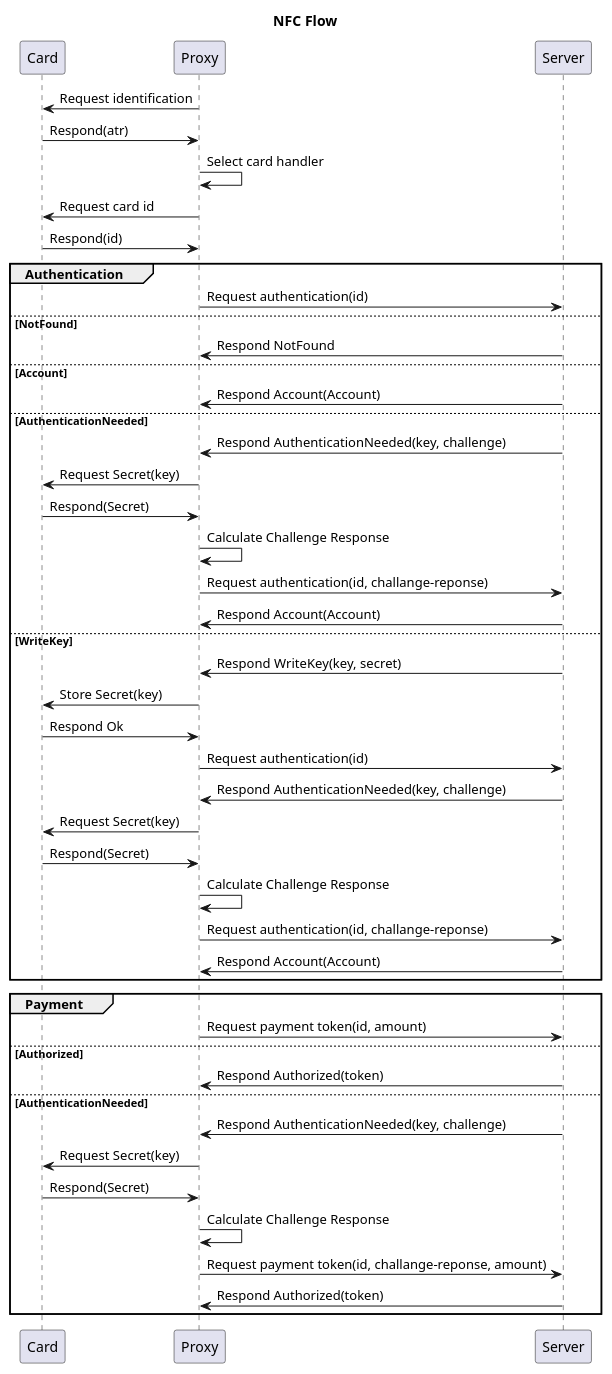
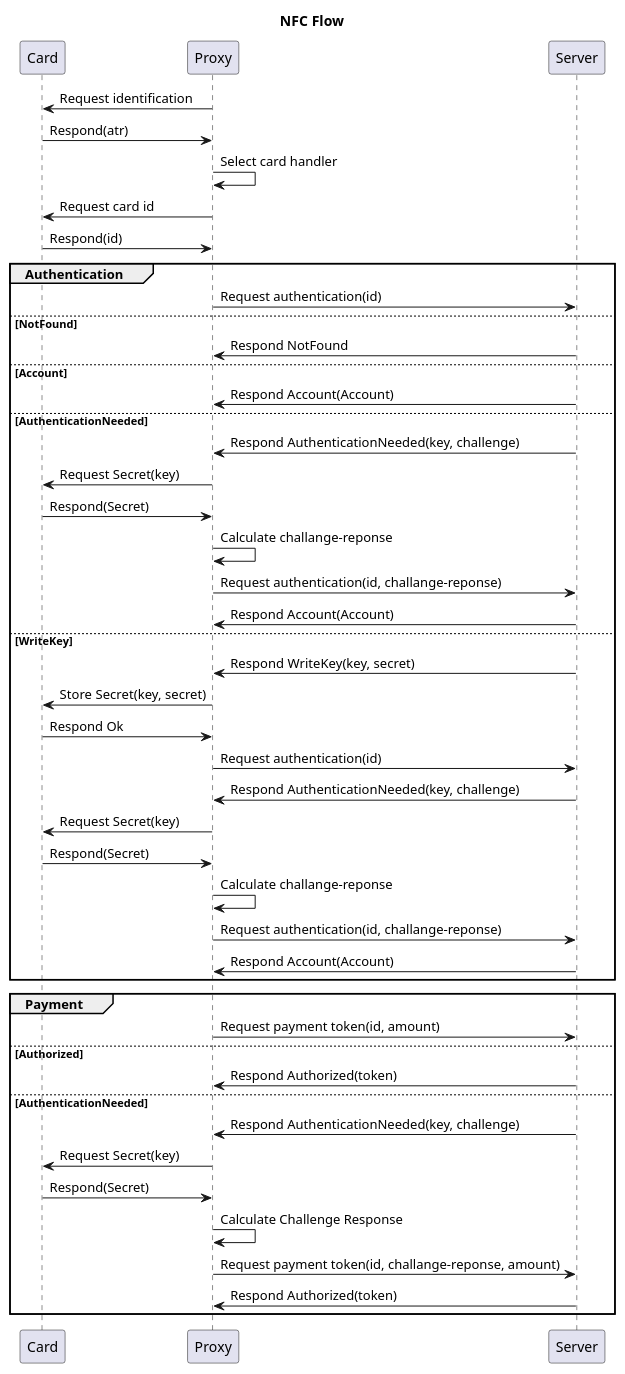
Before and after one commit to ascii-dresden/ascii-pay-server: the diagram in doc/NFC Flow.puml, drawn with PlantUML.

Commit message:
Update nfc sequence diagram

```diff
--- a/doc/NFC Flow.puml
+++ b/doc/NFC Flow.puml
@@ -1,67 +1,66 @@
 @startuml
 
 title NFC Flow
 
 Card <- Proxy: Request identification
 Card -> Proxy: Respond(atr)
 
 Proxy -> Proxy: Select card handler
 
 Card <- Proxy: Request card id
 Card -> Proxy: Respond(id)
 
 group Authentication
 
 Proxy -> Server: Request authentication(id)
 
 else NotFound
 Proxy <- Server: Respond NotFound
 
 else Account 
 Proxy <- Server: Respond Account(Account)
 
 else AuthenticationNeeded
 Proxy <- Server: Respond AuthenticationNeeded(key, challenge)
 Card <- Proxy: Request Secret(key)
 Card -> Proxy: Respond(Secret)
 
-Proxy -> Proxy: Calculate Challenge Response
+Proxy -> Proxy: Calculate challange-reponse
 Proxy -> Server: Request authentication(id, challange-reponse)
 Proxy <- Server: Respond Account(Account)
 
 else WriteKey
 Proxy <- Server: Respond WriteKey(key, secret)
-Card <- Proxy: Store Secret(key)
+Card <- Proxy: Store Secret(key, secret)
 Card -> Proxy: Respond Ok
 
 Proxy -> Server: Request authentication(id)
 Proxy <- Server: Respond AuthenticationNeeded(key, challenge)
 Card <- Proxy: Request Secret(key)
 Card -> Proxy: Respond(Secret)
 
-Proxy -> Proxy: Calculate Challenge Response
+Proxy -> Proxy: Calculate challange-reponse
 Proxy -> Server: Request authentication(id, challange-reponse)
 Proxy <- Server: Respond Account(Account)
 
 end
-
 
 group Payment
 
 Proxy -> Server: Request payment token(id, amount)
 
 else Authorized
 Proxy <- Server: Respond Authorized(token)
 
 else AuthenticationNeeded
 Proxy <- Server: Respond AuthenticationNeeded(key, challenge)
 Card <- Proxy: Request Secret(key)
 Card -> Proxy: Respond(Secret)
 
 Proxy -> Proxy: Calculate Challenge Response
 Proxy -> Server: Request payment token(id, challange-reponse, amount)
 Proxy <- Server: Respond Authorized(token)
 
 end
 
 @enduml
```
